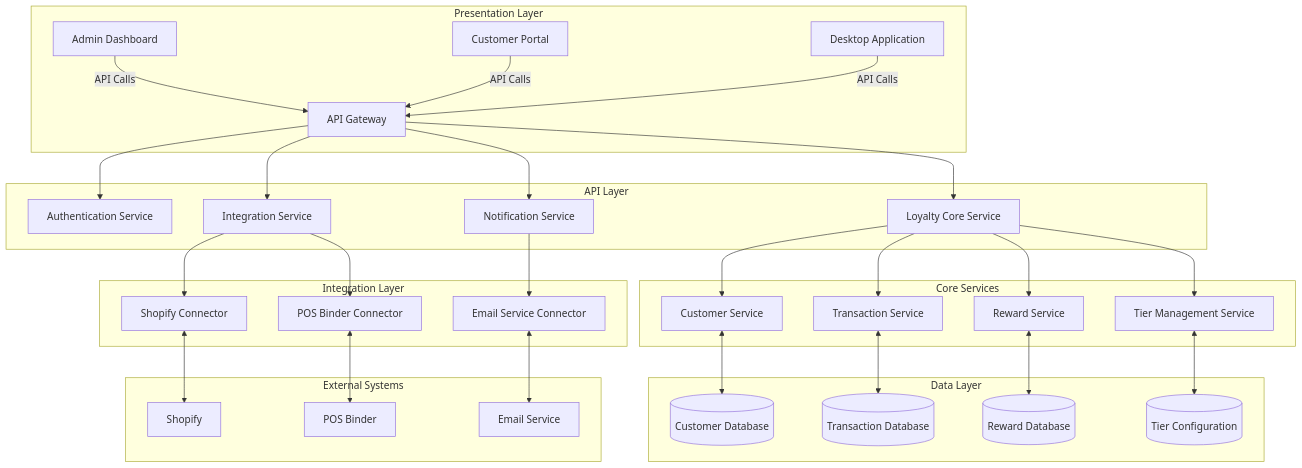
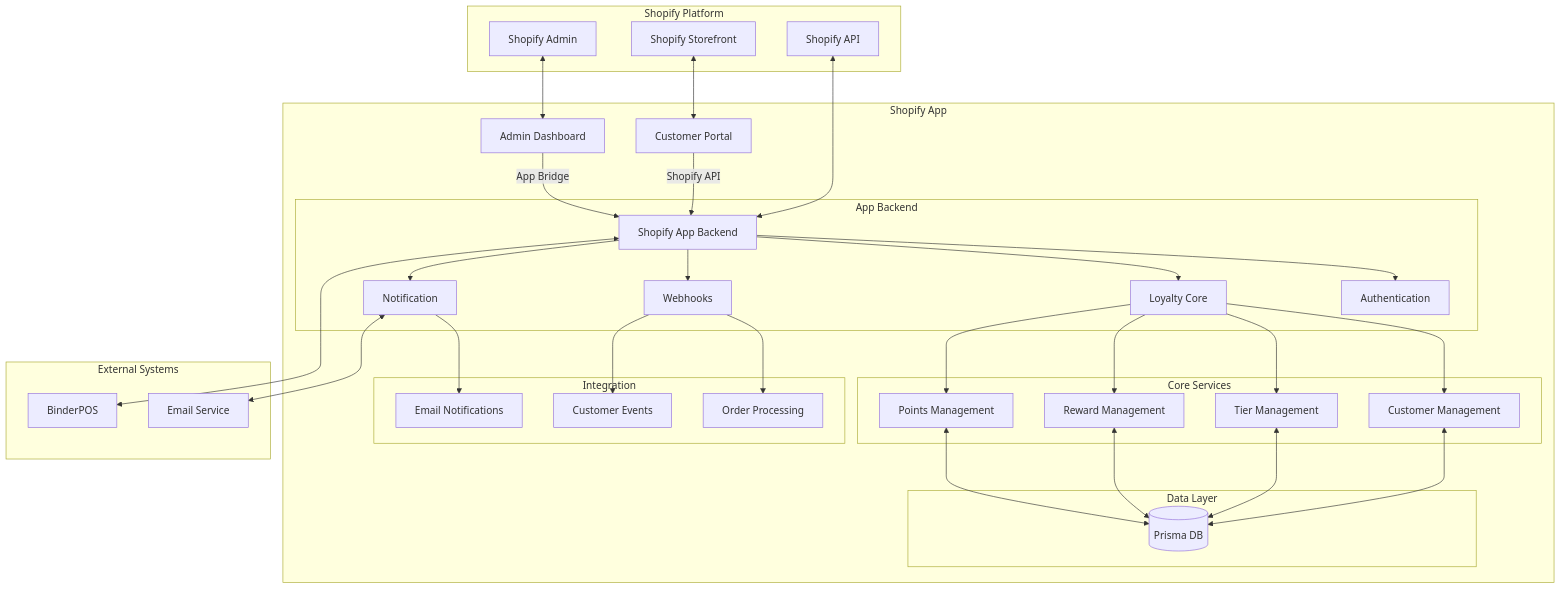
One commit to CurrentMediaCreative/TKOToyCo-Loyalty-Program changed the first of 10 diagrams in memory-bank/systemPatterns.md. Above: the diagram before and after it, drawn with Mermaid. The commit also changed other lines of this file and 5 other files, not shown here.

Commit message:
Update documentation and configuration for Shopify app transition

````diff
--- a/memory-bank/systemPatterns.md
+++ b/memory-bank/systemPatterns.md
@@ -11,50 +11,54 @@
 ```mermaid
 flowchart TD
-    subgraph "Presentation Layer"
-        A[Admin Dashboard] --> |API Calls| D[API Gateway]
-        B[Customer Portal] --> |API Calls| D
-        C[Desktop Application] --> |API Calls| D
+    subgraph "Shopify App"
+        A[Admin Dashboard] --> |App Bridge| D[Shopify App Backend]
+        B[Customer Portal] --> |Shopify API| D
+        
+        subgraph "App Backend"
+            D --> E[Authentication]
+            D --> F[Loyalty Core]
+            D --> G[Webhooks]
+            D --> H[Notification]
+        end
+        
+        subgraph "Core Services"
+            F --> I[Customer Management]
+            F --> J[Tier Management]
+            F --> K[Reward Management]
+            F --> L[Points Management]
+        end
+        
+        subgraph "Integration"
+            G --> M[Order Processing]
+            G --> N[Customer Events]
+            H --> O[Email Notifications]
+        end
+        
+        subgraph "Data Layer"
+            P[(Prisma DB)]
+            
+            I <--> P
+            J <--> P
+            K <--> P
+            L <--> P
+        end
     end
-
-    subgraph "API Layer"
-        D --> E[Authentication Service]
-        D --> F[Loyalty Core Service]
-        D --> G[Integration Service]
-        D --> H[Notification Service]
+    
+    subgraph "Shopify Platform"
+        Q[Shopify Admin]
+        R[Shopify Storefront]
+        S[Shopify API]
+        
+        Q <--> A
+        R <--> B
+        S <--> D
     end
-
-    subgraph "Core Services"
-        F --> I[Customer Service]
-        F --> J[Tier Management Service]
-        F --> K[Reward Service]
-        F --> L[Transaction Service]
-    end
-
-    subgraph "Integration Layer"
-        G --> M[Shopify Connector]
-        G --> N[POS Binder Connector]
-        H --> O[Email Service Connector]
-    end
-
-    subgraph "Data Layer"
-        P[(Customer Database)]
-        Q[(Transaction Database)]
-        R[(Reward Database)]
-        S[(Tier Configuration)]
-
-        I <--> P
-        J <--> S
-        K <--> R
-        L <--> Q
-    end
-
+    
     subgraph "External Systems"
-        T[Shopify]
-        U[POS Binder]
-        V[Email Service]
-
-        M <--> T
-        N <--> U
-        O <--> V
+        T[BinderPOS]
+        U[Email Service]
+        
+        D <--> T
+        H <--> U
     end
 ```
````
